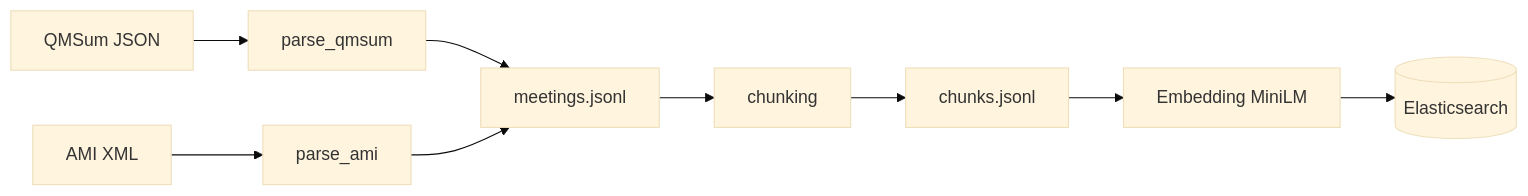
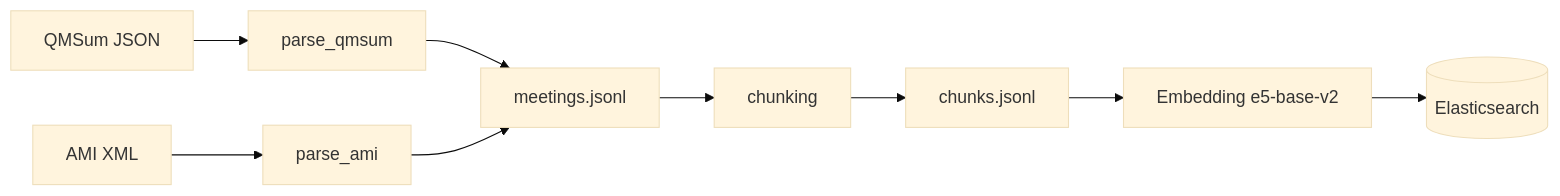
The second of 3 diagrams in docs/decision_explanation.md (edward1503/vdt-meeting-search), drawn with Mermaid (base theme) before and after one commit. The commit also changed other lines of this file and 13 other files, not shown here.

````diff
--- a/docs/decision_explanation.md
+++ b/docs/decision_explanation.md
@@ -383,9 +385,9 @@
 ```mermaid
 flowchart LR
     A[QMSum JSON] --> P1[parse_qmsum]
     B[AMI XML] --> P2[parse_ami]
     P1 --> M[meetings.jsonl]
     P2 --> M
     M --> C[chunking] --> CH[chunks.jsonl]
-    CH --> EMB[Embedding MiniLM] --> ES[(Elasticsearch)]
+    CH --> EMB[Embedding e5-base-v2] --> ES[(Elasticsearch)]
 ```
````
